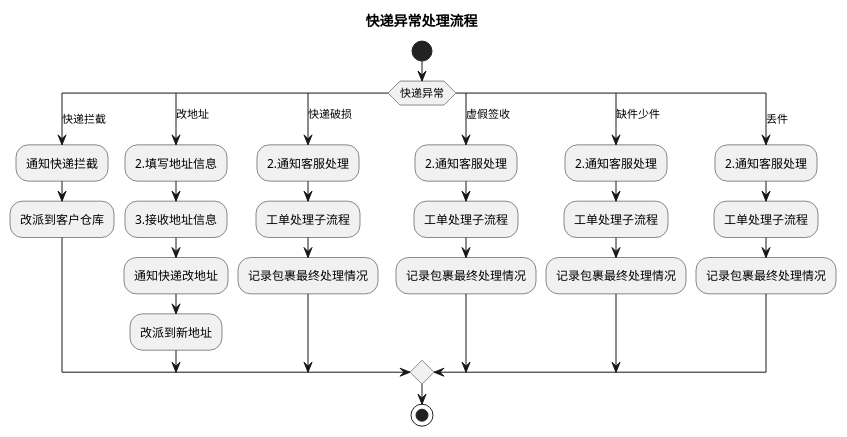
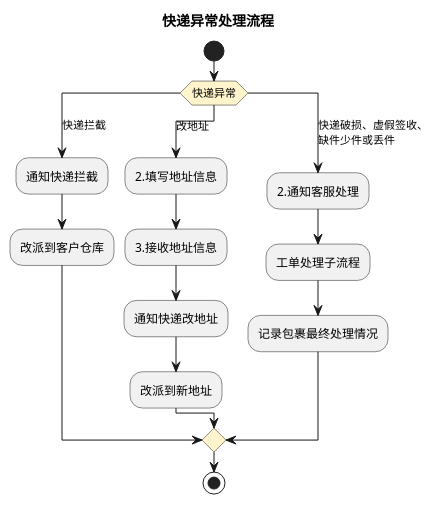
One commit to jack888332/projects-doc changed the fifth of 7 diagrams in product-caliber/goldjet/segmented-prd/mainflow/PRD.高捷物流系统一期.主流程.09.异常处理流程.md. Above: the diagram before and after it, drawn with PlantUML. The commit also changed other lines of this file and 20 other files, not shown here.

Commit message:
优化流程表对应的DLS图

````diff
--- a/product-caliber/goldjet/segmented-prd/mainflow/PRD.高捷物流系统一期.主流程.09.异常处理流程.md
+++ b/product-caliber/goldjet/segmented-prd/mainflow/PRD.高捷物流系统一期.主流程.09.异常处理流程.md
@@ -83,33 +107,22 @@
 ```plantuml
-@startuml
+@startuml goldjet-mainflow-09-9648187c-03
+skinparam activityDiamondBackgroundColor #FFF4CC
 title 快递异常处理流程
 start
 switch (快递异常)
 case (快递拦截)
   :通知快递拦截;
   :改派到客户仓库;
 case (改地址)
   :2.填写地址信息;
   :3.接收地址信息;
   :通知快递改地址;
   :改派到新地址;
-case (快递破损)
-  :2.通知客服处理;
-  :工单处理子流程;
-  :记录包裹最终处理情况;
-case (虚假签收)
-  :2.通知客服处理;
-  :工单处理子流程;
-  :记录包裹最终处理情况;
-case (缺件少件)
-  :2.通知客服处理;
-  :工单处理子流程;
-  :记录包裹最终处理情况;
-case (丢件)
+case (快递破损、虚假签收、\n缺件少件或丢件)
   :2.通知客服处理;
   :工单处理子流程;
   :记录包裹最终处理情况;
 endswitch
 stop
 @enduml
 ```
````
